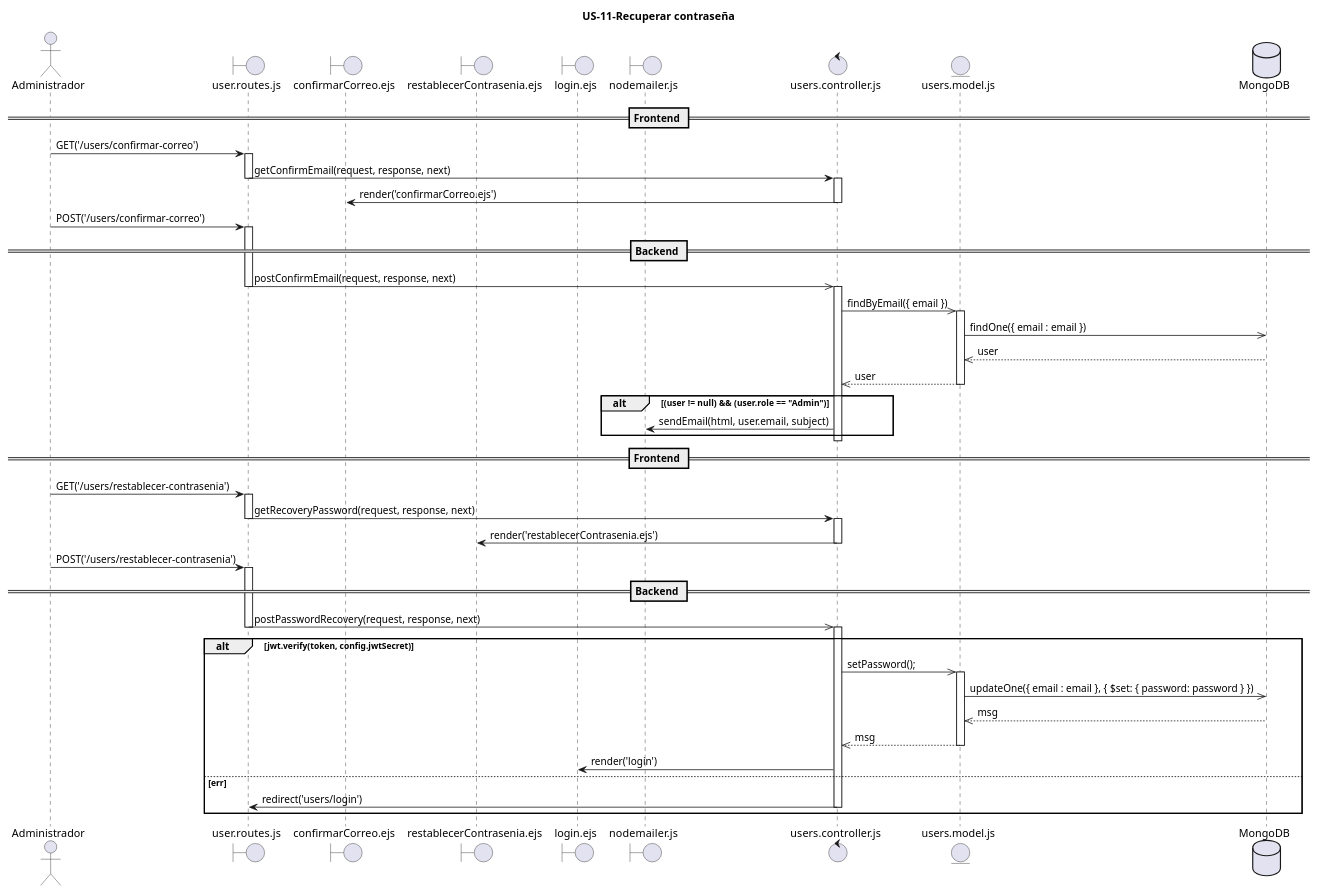
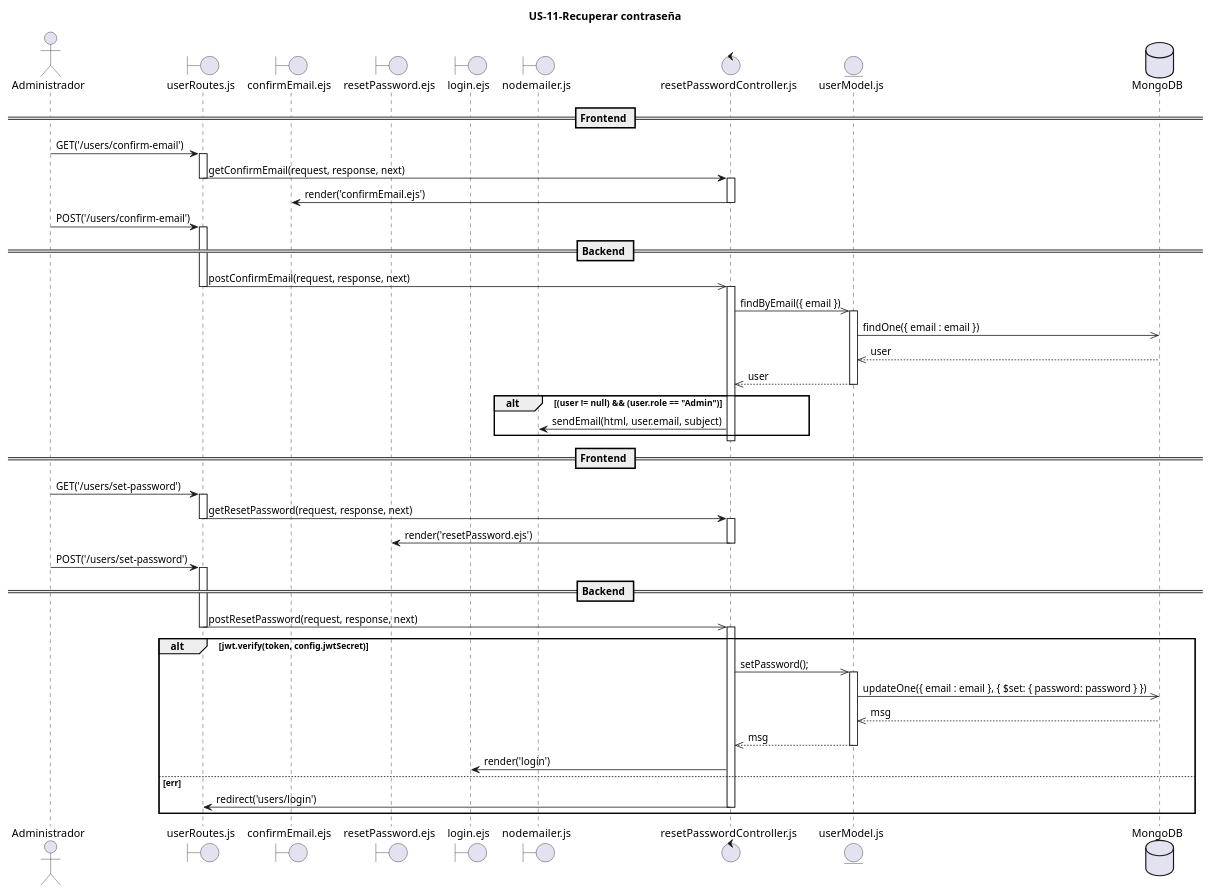
Before and after one commit to PIX3L-IT/dieselflow-dise-o: the diagram in MVP/US-11-recuperarContrasenia/US-11-recuperarContrasenia.puml, drawn with PlantUML. The commit also changed 1 other file, not shown here.

Commit message:
fix: actualizar diagrama de recuperar contraseña

```diff
--- a/MVP/US-11-recuperarContrasenia/US-11-recuperarContrasenia.puml
+++ b/MVP/US-11-recuperarContrasenia/US-11-recuperarContrasenia.puml
@@ -1,51 +1,51 @@
 @startuml
 title US-11-Recuperar contraseña
 
 actor Administrador as admin
 
-boundary "user.routes.js" as route
-boundary "confirmarCorreo.ejs" as confirmarCorreo
-boundary "restablecerContrasenia.ejs" as restablecerContrasenia
+boundary "userRoutes.js" as route
+boundary "confirmEmail.ejs" as confirmEmail
+boundary "resetPassword.ejs" as resetPassword
 boundary "login.ejs" as login
 boundary "nodemailer.js" as nodemailer
-control "users.controller.js" as controller
-entity "users.model.js" as model
+control "resetPasswordController.js" as controller
+entity "userModel.js" as model
 database "MongoDB" as DB
 
 == Frontend ==
-admin -> route ++: GET('/users/confirmar-correo')
+admin -> route ++: GET('/users/confirm-email')
 route -> controller --++ : getConfirmEmail(request, response, next)
-controller -> confirmarCorreo -- : render('confirmarCorreo.ejs')
-admin -> route ++: POST('/users/confirmar-correo')
+controller -> confirmEmail -- : render('confirmEmail.ejs')
+admin -> route ++: POST('/users/confirm-email')
 
 == Backend ==
 route ->> controller --++: postConfirmEmail(request, response, next)
 controller ->> model ++: findByEmail({ email })
 model ->> DB : findOne({ email : email })
 DB -->> model : user
 model -->> controller -- : user
 
 alt (user != null) && (user.role == "Admin")
     controller -> nodemailer : sendEmail(html, user.email, subject)
 end
 controller--
 
 == Frontend ==
-admin -> route ++: GET('/users/restablecer-contrasenia')
-route -> controller --++ : getRecoveryPassword(request, response, next)
-controller -> restablecerContrasenia -- : render('restablecerContrasenia.ejs')
-admin -> route ++: POST('/users/restablecer-contrasenia')
+admin -> route ++: GET('/users/set-password')
+route -> controller --++ : getResetPassword(request, response, next)
+controller -> resetPassword -- : render('resetPassword.ejs')
+admin -> route ++: POST('/users/set-password')
 
 == Backend ==
-route ->> controller --++: postPasswordRecovery(request, response, next)
+route ->> controller --++: postResetPassword(request, response, next)
 alt jwt.verify(token, config.jwtSecret)
     controller ->> model ++: setPassword();
     model ->> DB : updateOne({ email : email }, { $set: { password: password } })
     DB -->> model : msg
     model -->> controller -- : msg
     controller -> login : render('login')
 else err
     controller -> route -- : redirect('users/login')
 end
 
 @enduml
```
